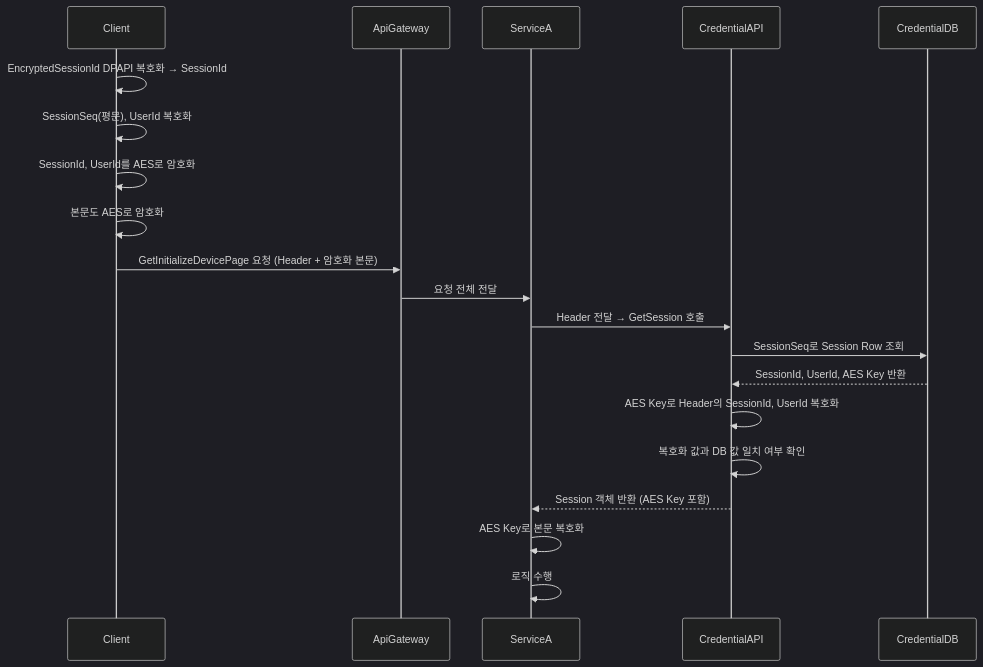
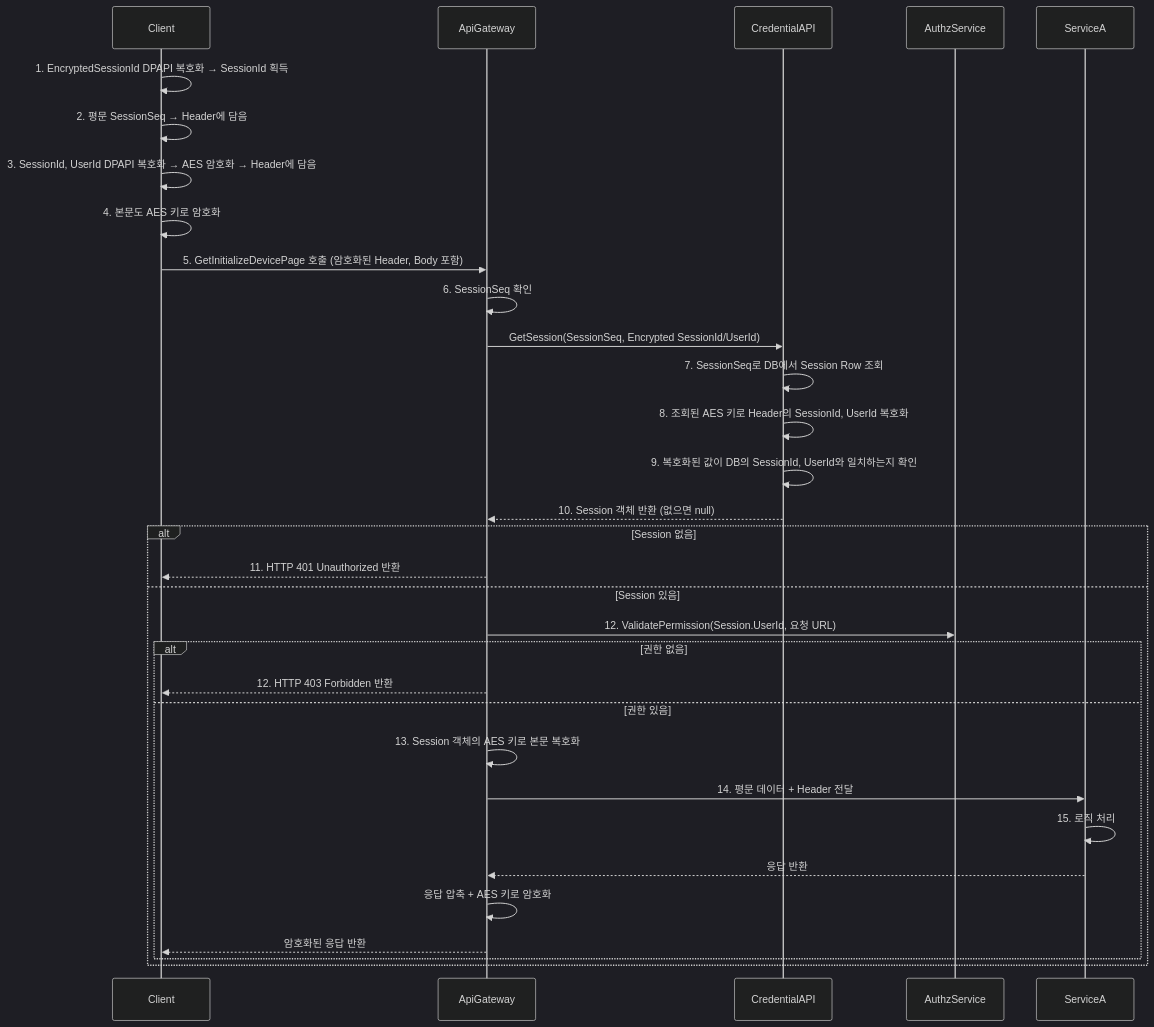
One commit to remcat-lab/platform changed the diagram in 020. Credential/GetSession.md. Above: the diagram before and after it, drawn with Mermaid (dark theme). The commit also changed other lines of this file, not shown here.

````diff
--- a/020. Credential/GetSession.md
+++ b/020. Credential/GetSession.md
@@ -17,25 +19,38 @@
 ``` mermaid
 sequenceDiagram
     participant Client
     participant ApiGateway
+    participant CredentialAPI
+    participant AuthzService
     participant ServiceA
-    participant CredentialAPI
-    participant CredentialDB
 
-    Client->>Client: EncryptedSessionId DPAPI 복호화 → SessionId
-    Client->>Client: SessionSeq(평문), UserId 복호화
-    Client->>Client: SessionId, UserId를 AES로 암호화
-    Client->>Client: 본문도 AES로 암호화
-    Client->>ApiGateway: GetInitializeDevicePage 요청 (Header + 암호화 본문)
-    ApiGateway->>ServiceA: 요청 전체 전달
+    Client->>Client: 1. EncryptedSessionId DPAPI 복호화 → SessionId 획득
+    Client->>Client: 2. 평문 SessionSeq → Header에 담음
+    Client->>Client: 3. SessionId, UserId DPAPI 복호화 → AES 암호화 → Header에 담음
+    Client->>Client: 4. 본문도 AES 키로 암호화
+    Client->>ApiGateway: 5. GetInitializeDevicePage 호출 (암호화된 Header, Body 포함)
 
-    ServiceA->>CredentialAPI: Header 전달 → GetSession 호출
-    CredentialAPI->>CredentialDB: SessionSeq로 Session Row 조회
-    CredentialDB-->>CredentialAPI: SessionId, UserId, AES Key 반환
-    CredentialAPI->>CredentialAPI: AES Key로 Header의 SessionId, UserId 복호화
-    CredentialAPI->>CredentialAPI: 복호화 값과 DB 값 일치 여부 확인
-    CredentialAPI-->>ServiceA: Session 객체 반환 (AES Key 포함)
+    ApiGateway->>ApiGateway: 6. SessionSeq 확인
+    ApiGateway->>CredentialAPI: GetSession(SessionSeq, Encrypted SessionId/UserId)
 
-    ServiceA->>ServiceA: AES Key로 본문 복호화
-    ServiceA->>ServiceA: 로직 수행
+    CredentialAPI->>CredentialAPI: 7. SessionSeq로 DB에서 Session Row 조회
+    CredentialAPI->>CredentialAPI: 8. 조회된 AES 키로 Header의 SessionId, UserId 복호화
+    CredentialAPI->>CredentialAPI: 9. 복호화된 값이 DB의 SessionId, UserId와 일치하는지 확인
+    CredentialAPI-->>ApiGateway: 10. Session 객체 반환 (없으면 null)
+
+    alt Session 없음
+        ApiGateway-->>Client: 11. HTTP 401 Unauthorized 반환
+    else Session 있음
+        ApiGateway->>AuthzService: 12. ValidatePermission(Session.UserId, 요청 URL)
+        alt 권한 없음
+            ApiGateway-->>Client: 12. HTTP 403 Forbidden 반환
+        else 권한 있음
+            ApiGateway->>ApiGateway: 13. Session 객체의 AES 키로 본문 복호화
+            ApiGateway->>ServiceA: 14. 평문 데이터 + Header 전달
+            ServiceA->>ServiceA: 15. 로직 처리
+            ServiceA-->>ApiGateway: 응답 반환
+            ApiGateway->>ApiGateway: 응답 압축 + AES 키로 암호화
+            ApiGateway-->>Client: 암호화된 응답 반환
+        end
+    end
 ```
````
